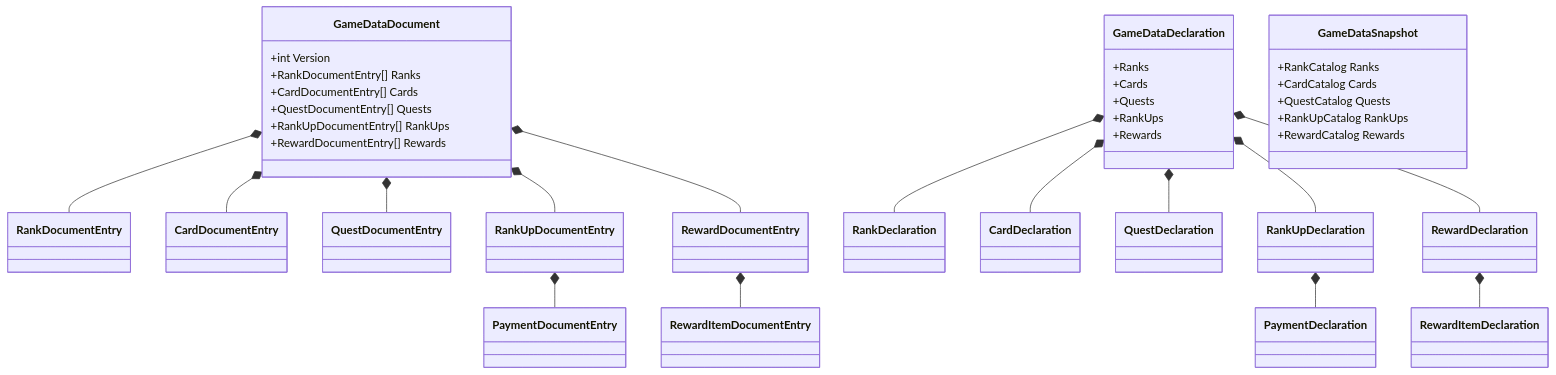
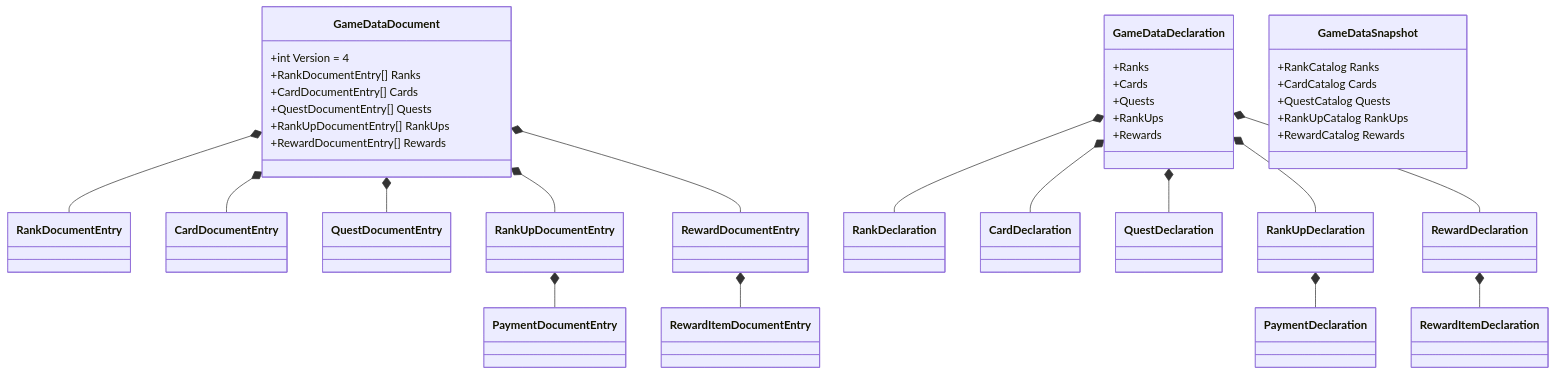
One commit to SmailikMailik/ll-test changed the second of 3 diagrams in Documentation/Architecture/Game-And-User-Data.md. Above: the diagram before and after it, drawn with Mermaid. The commit also changed other lines of this file and 40 other files, not shown here.

````diff
--- a/Documentation/Architecture/Game-And-User-Data.md
+++ b/Documentation/Architecture/Game-And-User-Data.md
@@ -149,41 +149,41 @@
 ```mermaid
 classDiagram
     class GameDataDocument {
-        +int Version
+        +int Version = 4
         +RankDocumentEntry[] Ranks
         +CardDocumentEntry[] Cards
         +QuestDocumentEntry[] Quests
         +RankUpDocumentEntry[] RankUps
         +RewardDocumentEntry[] Rewards
     }
     class GameDataDeclaration {
         +Ranks
         +Cards
         +Quests
         +RankUps
         +Rewards
     }
     class GameDataSnapshot {
         +RankCatalog Ranks
         +CardCatalog Cards
         +QuestCatalog Quests
         +RankUpCatalog RankUps
         +RewardCatalog Rewards
     }
 
     GameDataDocument *-- RankDocumentEntry
     GameDataDocument *-- CardDocumentEntry
     GameDataDocument *-- QuestDocumentEntry
     GameDataDocument *-- RankUpDocumentEntry
     GameDataDocument *-- RewardDocumentEntry
     RankUpDocumentEntry *-- PaymentDocumentEntry
     RewardDocumentEntry *-- RewardItemDocumentEntry
 
     GameDataDeclaration *-- RankDeclaration
     GameDataDeclaration *-- CardDeclaration
     GameDataDeclaration *-- QuestDeclaration
     GameDataDeclaration *-- RankUpDeclaration
     GameDataDeclaration *-- RewardDeclaration
     RankUpDeclaration *-- PaymentDeclaration
     RewardDeclaration *-- RewardItemDeclaration
 ```
````
